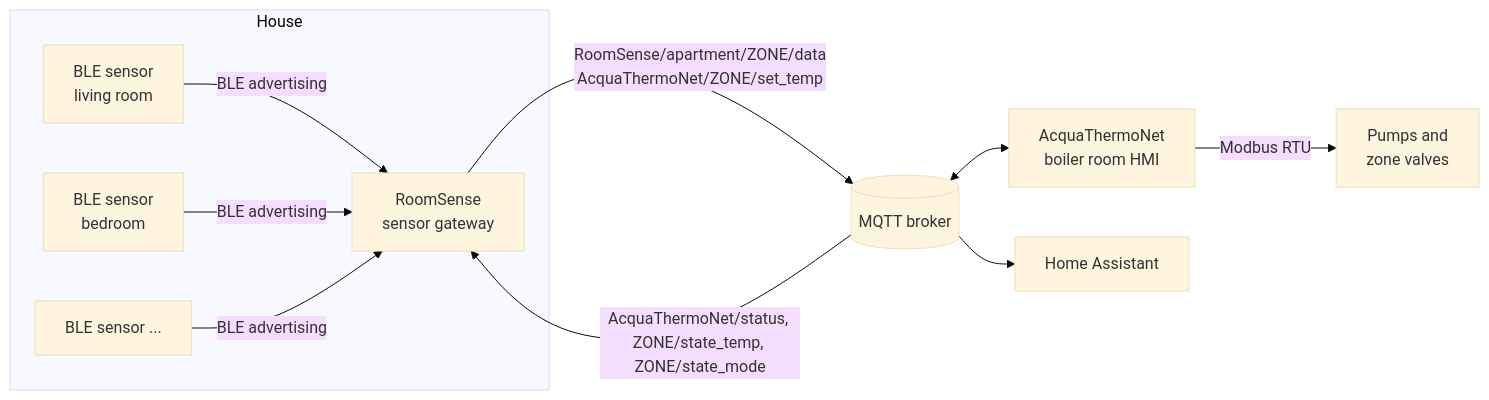
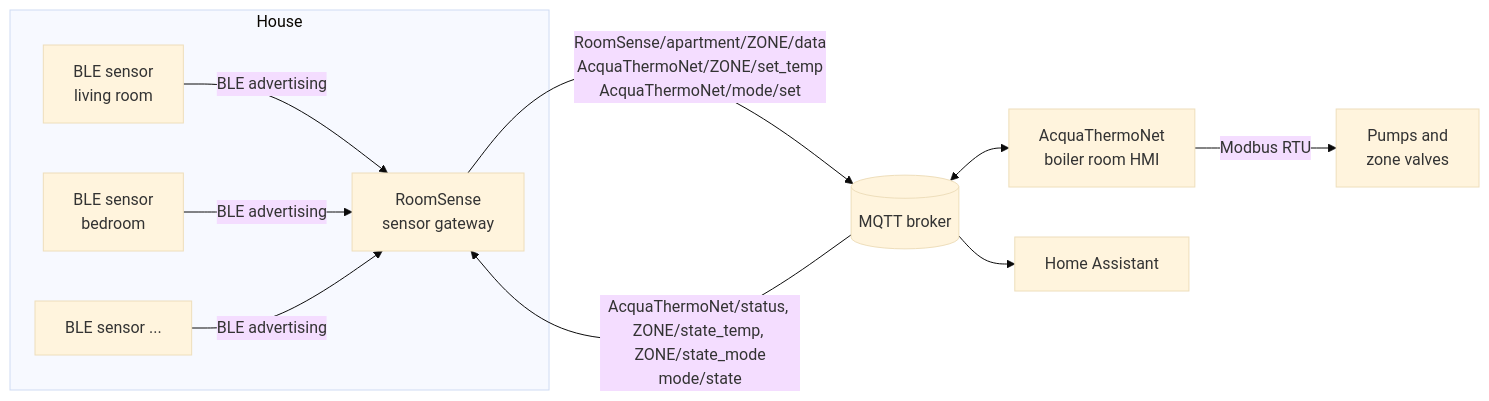
Before and after one commit to ska/AcquaThermoNet: the first of 4 diagrams in docs/SENSOR_GATEWAY_INTERFACE.md, drawn with Mermaid (base theme). The commit also changed other lines of this file and 33 other files, not shown here.

First line of the commit message:
AcquaThermoNet 2.3.0

````diff
--- a/docs/SENSOR_GATEWAY_INTERFACE.md
+++ b/docs/SENSOR_GATEWAY_INTERFACE.md
@@ -22,20 +24,20 @@
 ```mermaid
 flowchart LR
     subgraph House
         BLE1["BLE sensor<br/>living room"]
         BLE2["BLE sensor<br/>bedroom"]
         BLEn["BLE sensor ..."]
         GW["RoomSense<br/>sensor gateway"]
     end
     B[("MQTT broker")]
     ATN["AcquaThermoNet<br/>boiler room HMI"]
     HA["Home Assistant"]
     PLANT["Pumps and<br/>zone valves"]
 
     BLE1 & BLE2 & BLEn -- "BLE advertising" --> GW
-    GW -- "RoomSense/apartment/ZONE/data<br/>AcquaThermoNet/ZONE/set_temp" --> B
-    B -- "AcquaThermoNet/status, ZONE/state_temp, ZONE/state_mode" --> GW
+    GW -- "RoomSense/apartment/ZONE/data<br/>AcquaThermoNet/ZONE/set_temp<br/>AcquaThermoNet/mode/set" --> B
+    B -- "AcquaThermoNet/status, ZONE/state_temp, ZONE/state_mode<br/>mode/state" --> GW
     B <--> ATN
     B --> HA
     ATN -- "Modbus RTU" --> PLANT
 ```
````
